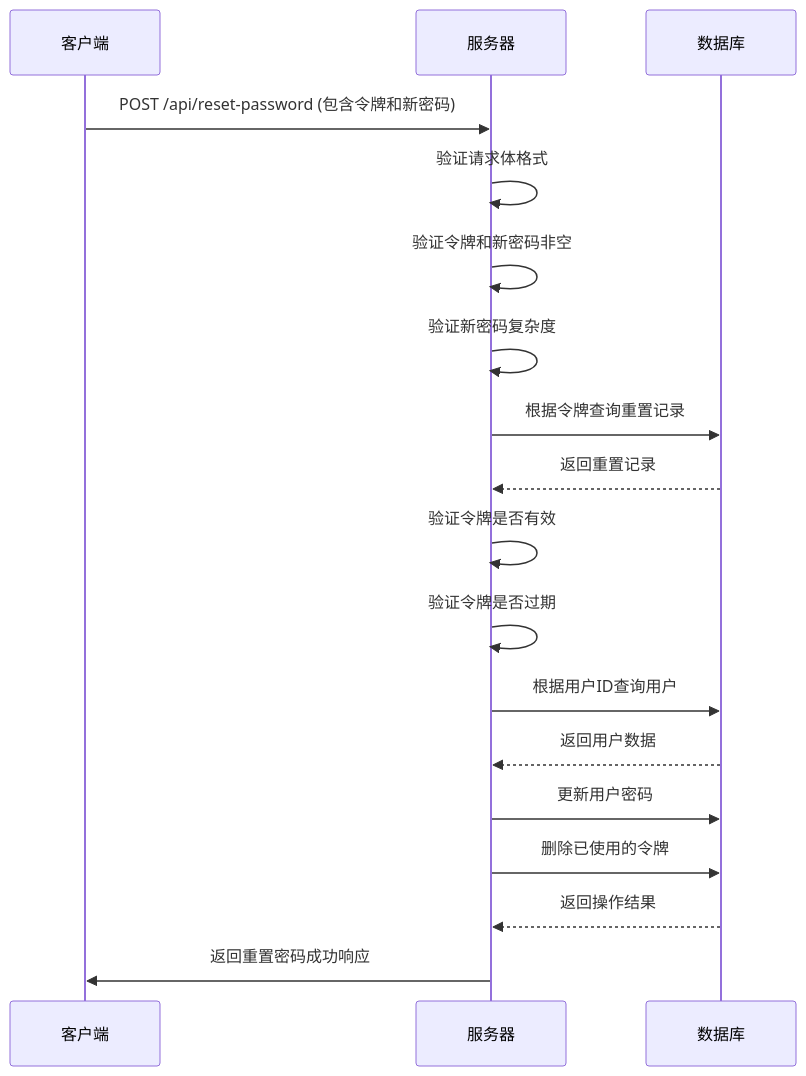
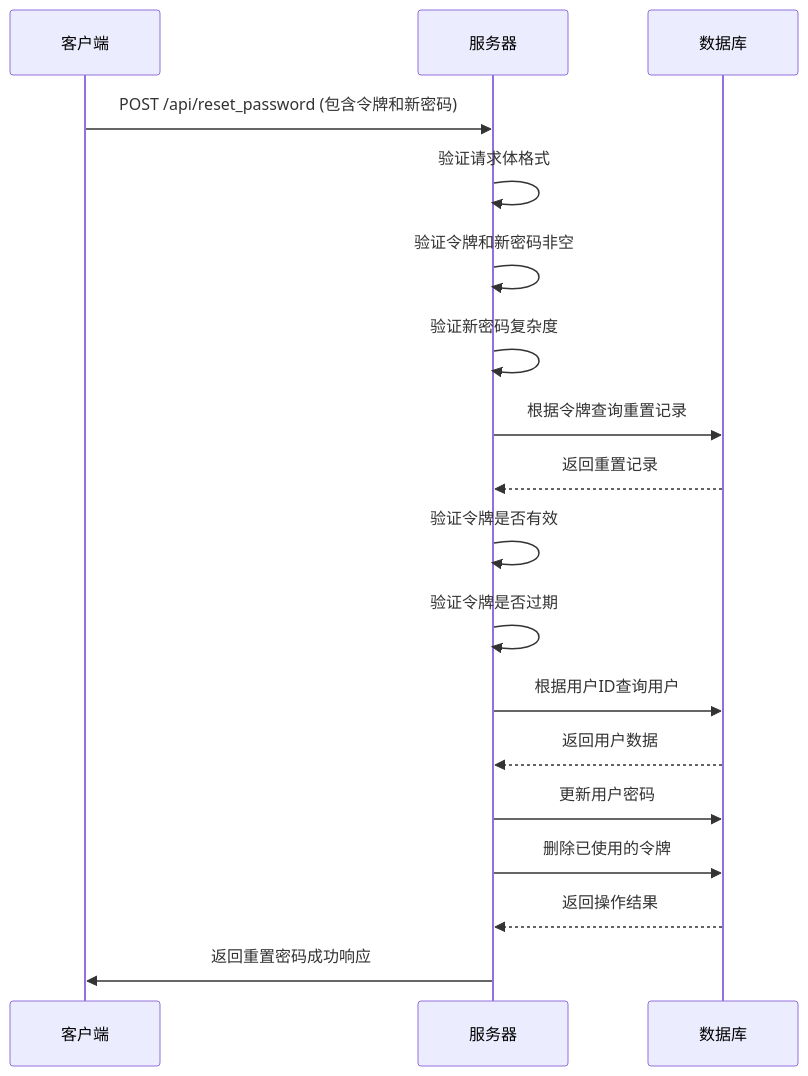
Before and after one commit to qicosmos/purecpp: the fifth of 6 diagrams in docs/user_manage.md, drawn with Mermaid. The commit also changed other lines of this file and 19 other files, not shown here.

````diff
--- a/docs/user_manage.md
+++ b/docs/user_manage.md
@@ -683,21 +683,21 @@
 ```mermaid
 sequenceDiagram
     participant Client as 客户端
     participant Server as 服务器
     participant DB as 数据库
     
-    Client->>Server: POST /api/reset-password (包含令牌和新密码)
+    Client->>Server: POST /api/reset_password (包含令牌和新密码)
     Server->>Server: 验证请求体格式
     Server->>Server: 验证令牌和新密码非空
     Server->>Server: 验证新密码复杂度
     Server->>DB: 根据令牌查询重置记录
     DB-->>Server: 返回重置记录
     Server->>Server: 验证令牌是否有效
     Server->>Server: 验证令牌是否过期
     Server->>DB: 根据用户ID查询用户
     DB-->>Server: 返回用户数据
     Server->>DB: 更新用户密码
     Server->>DB: 删除已使用的令牌
     DB-->>Server: 返回操作结果
     Server->>Client: 返回重置密码成功响应
 ```
````
